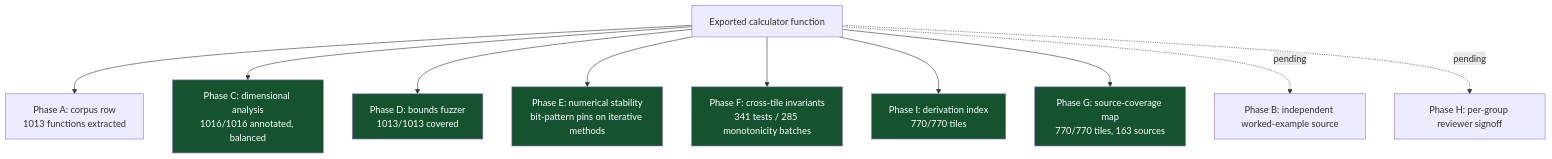
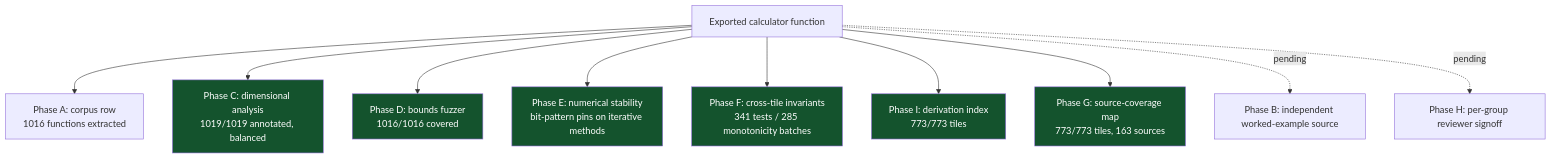
The sixth of 8 diagrams in README.md (clay-good/roughlogic.com), drawn with Mermaid before and after one commit. The commit also changed other lines of this file and 18 other files, not shown here.

First line of the commit message:
feat(hydraulics): land spec-v302..v304 -- 3 site-hydraulics depth tiles (time-of-concentration, orifice-flow, channel-froude-number); 770 -> 773 tiles, 0.107.0

````diff
--- a/README.md
+++ b/README.md
@@ -519,18 +519,18 @@
 ```mermaid
 flowchart TB
-    F[Exported calculator function] --> A[Phase A: corpus row\n1013 functions extracted]
-    F --> C[Phase C: dimensional analysis\n1016/1016 annotated, balanced]
-    F --> D[Phase D: bounds fuzzer\n1013/1013 covered]
+    F[Exported calculator function] --> A[Phase A: corpus row\n1016 functions extracted]
+    F --> C[Phase C: dimensional analysis\n1019/1019 annotated, balanced]
+    F --> D[Phase D: bounds fuzzer\n1016/1016 covered]
     F --> E[Phase E: numerical stability\nbit-pattern pins on iterative methods]
     F --> Fa[Phase F: cross-tile invariants\n341 tests / 285 monotonicity batches]
-    F --> I[Phase I: derivation index\n770/770 tiles]
-    F --> G[Phase G: source-coverage map\n770/770 tiles, 163 sources]
+    F --> I[Phase I: derivation index\n773/773 tiles]
+    F --> G[Phase G: source-coverage map\n773/773 tiles, 163 sources]
     F -.pending.-> B[Phase B: independent worked-example source]
     F -.pending.-> H[Phase H: per-group reviewer signoff]
     style C fill:#14532d,color:#fff
     style D fill:#14532d,color:#fff
     style E fill:#14532d,color:#fff
     style Fa fill:#14532d,color:#fff
     style G fill:#14532d,color:#fff
     style I fill:#14532d,color:#fff
 ```
````
